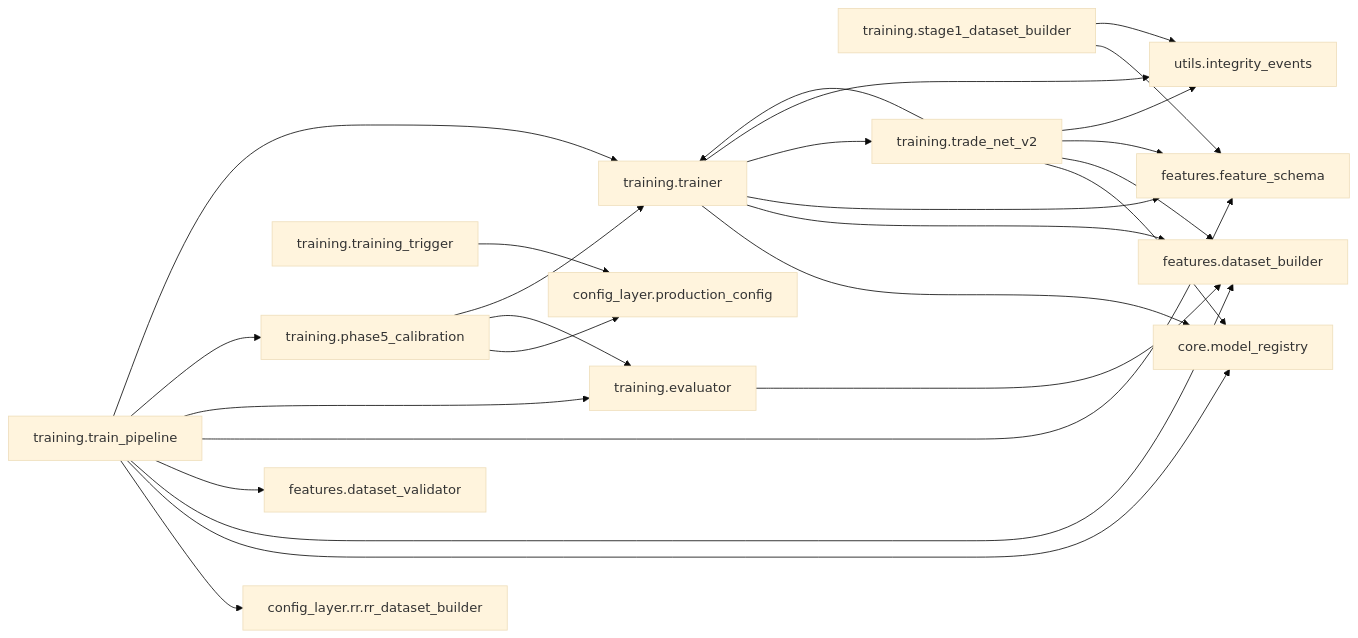
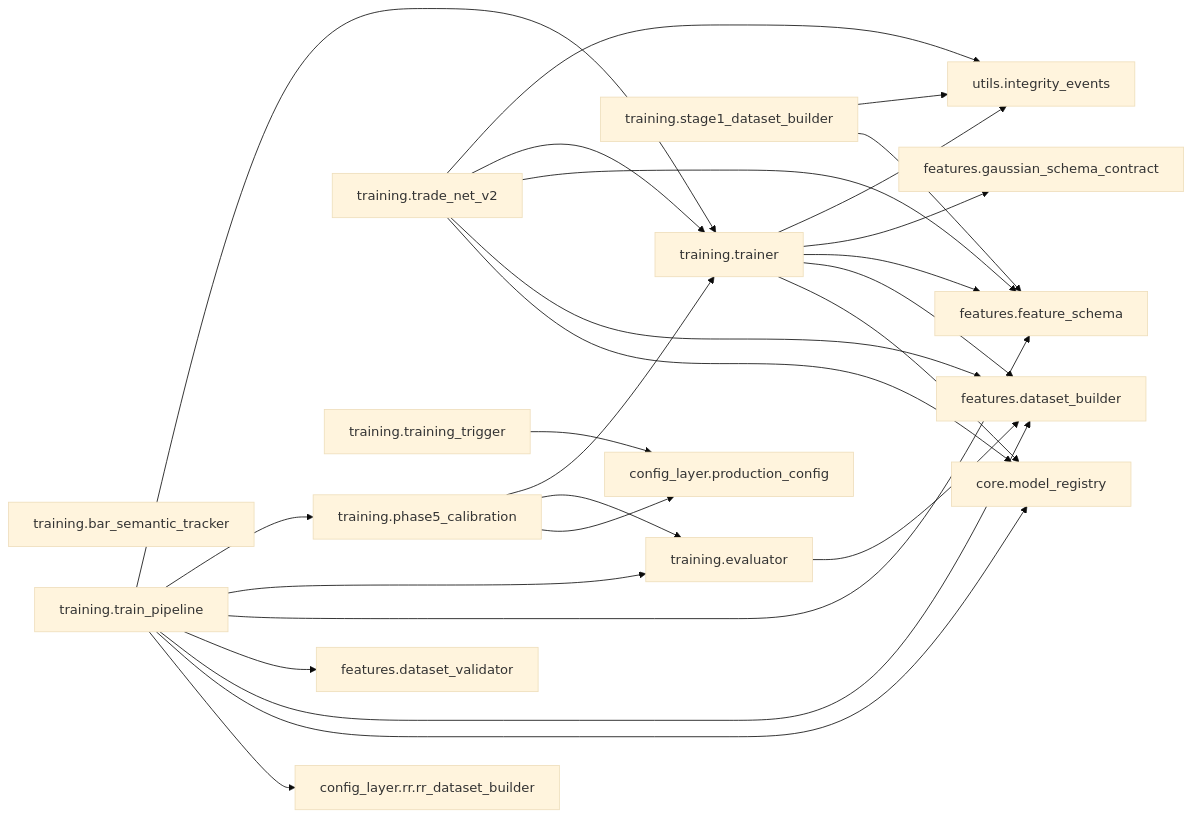
Diagram 34 of 38 in docs/architecture/code-map.generated.md (Chaithu1995-0312/TradeHlt), drawn with Mermaid (base theme) before and after one commit. The commit also changed other lines of this file and 159 other files, not shown here.

````diff
--- a/docs/architecture/code-map.generated.md
+++ b/docs/architecture/code-map.generated.md
@@ -1283,42 +2054,44 @@
 ```mermaid
 flowchart LR
+    training_bar_semantic_tracker["training.bar_semantic_tracker"]
     training_evaluator["training.evaluator"]
     training_phase5_calibration["training.phase5_calibration"]
     training_stage1_dataset_builder["training.stage1_dataset_builder"]
     training_trade_net_v2["training.trade_net_v2"]
     training_train_pipeline["training.train_pipeline"]
     training_trainer["training.trainer"]
     training_training_trigger["training.training_trigger"]
     config_layer_production_config["config_layer.production_config"]
     config_layer_rr_rr_dataset_builder["config_layer.rr.rr_dataset_builder"]
     core_model_registry["core.model_registry"]
     features_dataset_builder["features.dataset_builder"]
     features_dataset_validator["features.dataset_validator"]
     features_feature_schema["features.feature_schema"]
+    features_gaussian_schema_contract["features.gaussian_schema_contract"]
     utils_integrity_events["utils.integrity_events"]
     training_evaluator --> features_dataset_builder
     training_phase5_calibration --> config_layer_production_config
     training_phase5_calibration --> training_evaluator
     training_phase5_calibration --> training_trainer
     training_stage1_dataset_builder --> features_feature_schema
     training_stage1_dataset_builder --> utils_integrity_events
     training_trade_net_v2 --> core_model_registry
     training_trade_net_v2 --> features_dataset_builder
     training_trade_net_v2 --> features_feature_schema
     training_trade_net_v2 --> training_trainer
     training_trade_net_v2 --> utils_integrity_events
     training_train_pipeline --> config_layer_rr_rr_dataset_builder
     training_train_pipeline --> core_model_registry
     training_train_pipeline --> features_dataset_builder
     training_train_pipeline --> features_dataset_validator
     training_train_pipeline --> features_feature_schema
     training_train_pipeline --> training_evaluator
     training_train_pipeline --> training_phase5_calibration
     training_train_pipeline --> training_trainer
     training_trainer --> core_model_registry
     training_trainer --> features_dataset_builder
     training_trainer --> features_feature_schema
-    training_trainer --> training_trade_net_v2
+    training_trainer --> features_gaussian_schema_contract
     training_trainer --> utils_integrity_events
     training_training_trigger --> config_layer_production_config
 ```
````
